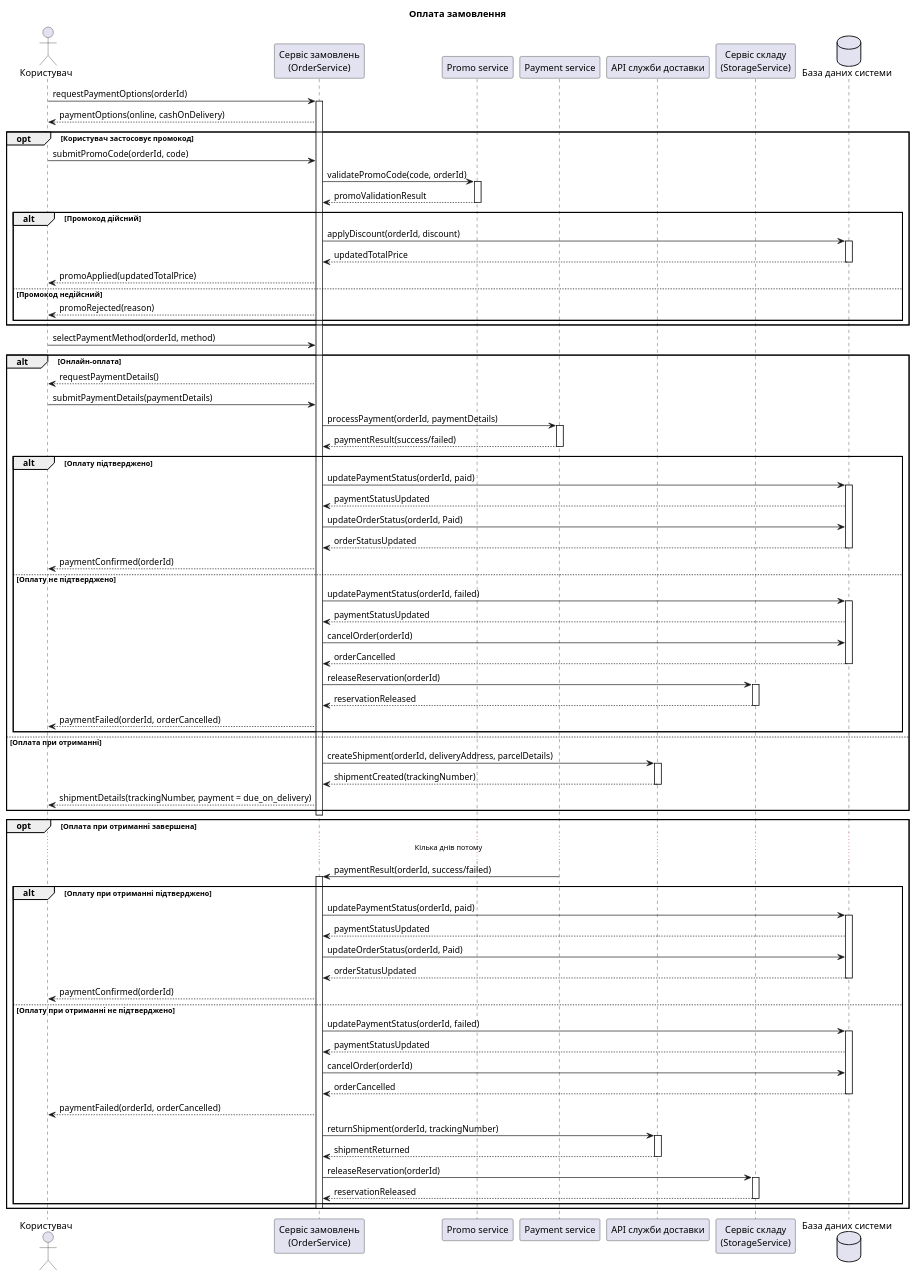
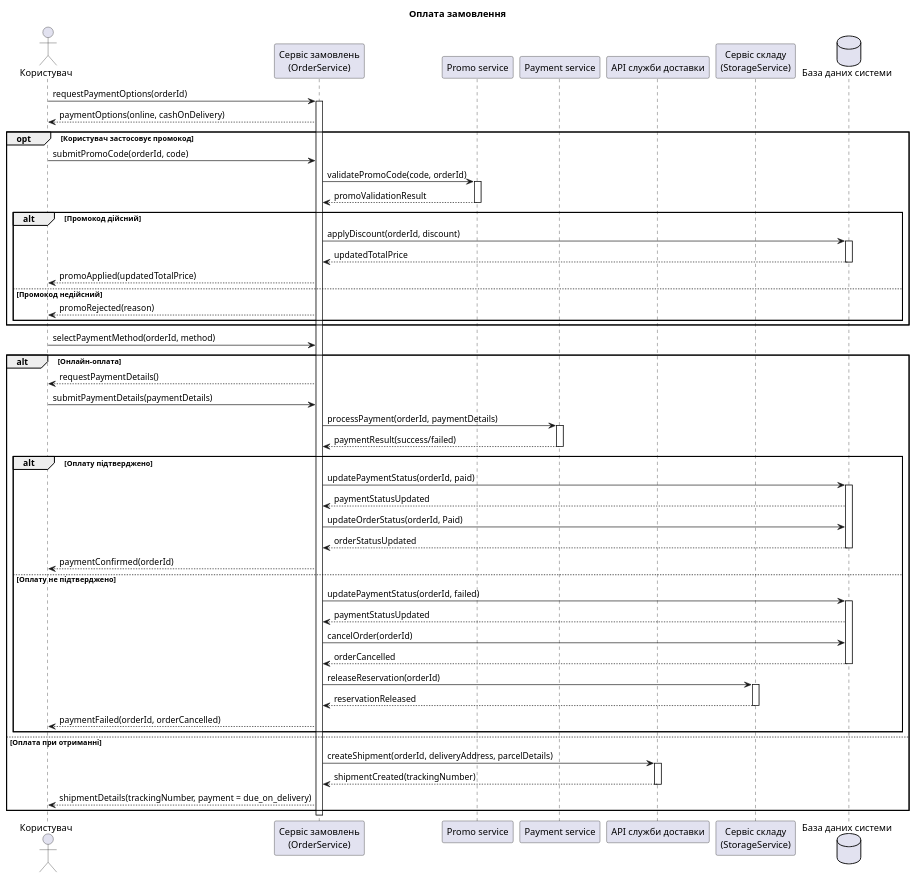
The diagram in lab3/payment.md (sklokcm/KPI2), drawn with PlantUML before and after one commit. The commit also changed 6 other files, not shown here.

```diff
--- a/lab3/payment.md
+++ b/lab3/payment.md
@@ -73,39 +73,4 @@
 end
 
 deactivate OrderService
-
-opt Оплата при отриманні завершена
-    ... Кілька днів потому ...
-    Payment -> OrderService : paymentResult(orderId, success/failed)
-    activate OrderService
-
-    alt Оплату при отриманні підтверджено
-        OrderService -> Database : updatePaymentStatus(orderId, paid)
-        activate Database
-        Database --> OrderService : paymentStatusUpdated
-        OrderService -> Database : updateOrderStatus(orderId, Paid)
-        Database --> OrderService : orderStatusUpdated
-        deactivate Database
-        OrderService --> User : paymentConfirmed(orderId)
-    else Оплату при отриманні не підтверджено
-        OrderService -> Database : updatePaymentStatus(orderId, failed)
-        activate Database
-        Database --> OrderService : paymentStatusUpdated
-        OrderService -> Database : cancelOrder(orderId)
-        Database --> OrderService : orderCancelled
-        deactivate Database
-        OrderService --> User : paymentFailed(orderId, orderCancelled)
-
-        OrderService -> Delivery : returnShipment(orderId, trackingNumber)
-        activate Delivery
-        Delivery --> OrderService : shipmentReturned
-        deactivate Delivery
-        OrderService -> StorageService : releaseReservation(orderId)
-        activate StorageService
-        StorageService --> OrderService : reservationReleased
-        deactivate StorageService
-    end
-
-    deactivate OrderService
-end
 @enduml
```
